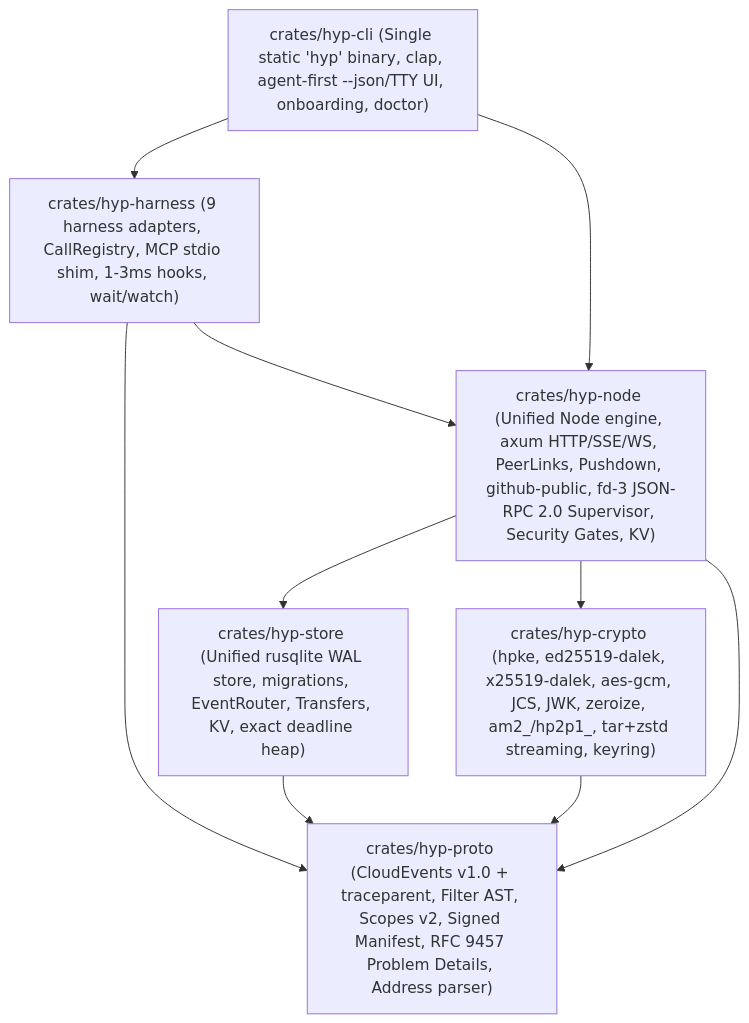
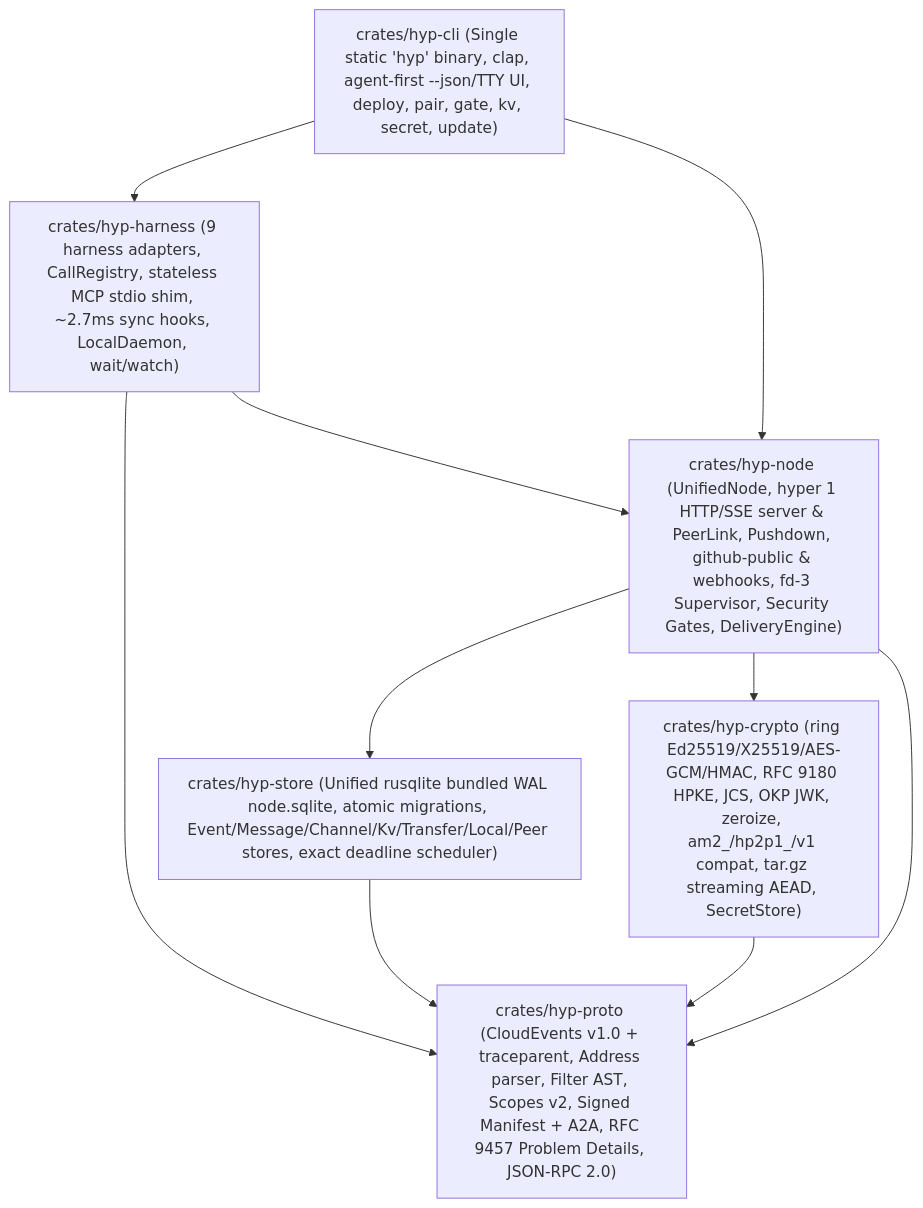
Before and after one commit to hyphae-to/hyp: the fifth of 5 diagrams in docs/architecture-v2.md, drawn with Mermaid. The commit also changed other lines of this file and 11 other files, not shown here.

Commit message:
docs(skills,readme): align all docs and agent skills with pure-Rust v2 hyp CLI, MCP surface, and security invariants

````diff
--- a/docs/architecture-v2.md
+++ b/docs/architecture-v2.md
@@ -654,19 +365,19 @@
 ```mermaid
 flowchart TD
-  Cli["crates/hyp-cli (Single static 'hyp' binary, clap, agent-first --json/TTY UI, onboarding, doctor)"]
-  Harness["crates/hyp-harness (9 harness adapters, CallRegistry, MCP stdio shim, 1-3ms hooks, wait/watch)"]
-  Node["crates/hyp-node (Unified Node engine, axum HTTP/SSE/WS, PeerLinks, Pushdown, github-public, fd-3 JSON-RPC 2.0 Supervisor, Security Gates, KV)"]
-  Store["crates/hyp-store (Unified rusqlite WAL store, migrations, EventRouter, Transfers, KV, exact deadline heap)"]
-  Crypto["crates/hyp-crypto (hpke, ed25519-dalek, x25519-dalek, aes-gcm, JCS, JWK, zeroize, am2_/hp2p1_, tar+zstd streaming, keyring)"]
-  Proto["crates/hyp-proto (CloudEvents v1.0 + traceparent, Filter AST, Scopes v2, Signed Manifest, RFC 9457 Problem Details, Address parser)"]
+  Cli["crates/hyp-cli (Single static 'hyp' binary, clap, agent-first --json/TTY UI, deploy, pair, gate, kv, secret, update)"]
+  Harness["crates/hyp-harness (9 harness adapters, CallRegistry, stateless MCP stdio shim, ~2.7ms sync hooks, LocalDaemon, wait/watch)"]
+  Node["crates/hyp-node (UnifiedNode, hyper 1 HTTP/SSE server & PeerLink, Pushdown, github-public & webhooks, fd-3 Supervisor, Security Gates, DeliveryEngine)"]
+  Store["crates/hyp-store (Unified rusqlite bundled WAL node.sqlite, atomic migrations, Event/Message/Channel/Kv/Transfer/Local/Peer stores, exact deadline scheduler)"]
+  Crypto["crates/hyp-crypto (ring Ed25519/X25519/AES-GCM/HMAC, RFC 9180 HPKE, JCS, OKP JWK, zeroize, am2_/hp2p1_/v1 compat, tar.gz streaming AEAD, SecretStore)"]
+  Proto["crates/hyp-proto (CloudEvents v1.0 + traceparent, Address parser, Filter AST, Scopes v2, Signed Manifest + A2A, RFC 9457 Problem Details, JSON-RPC 2.0)"]
 
   Cli --> Harness
   Cli --> Node
   Harness --> Proto
   Harness --> Node
   Node --> Store
   Node --> Crypto
   Node --> Proto
   Store --> Proto
   Crypto --> Proto
 ```
````
